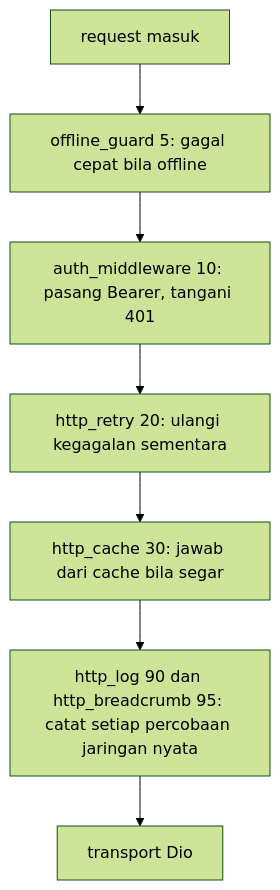
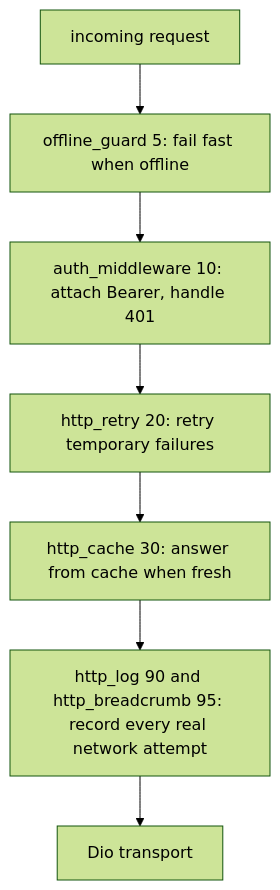
One commit to MTegarPamungkas/kiln changed the second of 2 diagrams in docs/folder-structure.md. Above: the diagram before and after it, drawn with Mermaid (forest theme). The commit also changed other lines of this file and 121 other files, not shown here.

````diff
--- a/docs/folder-structure.md
+++ b/docs/folder-structure.md
@@ -2057,9 +2057,9 @@
 ```mermaid
 flowchart TD
-    A[request masuk] --> B[offline_guard 5: gagal cepat bila offline]
-    B --> C[auth_middleware 10: pasang Bearer, tangani 401]
-    C --> D[http_retry 20: ulangi kegagalan sementara]
-    D --> E[http_cache 30: jawab dari cache bila segar]
-    E --> F[http_log 90 dan http_breadcrumb 95: catat setiap percobaan jaringan nyata]
-    F --> G[transport Dio]
+    A[incoming request] --> B[offline_guard 5: fail fast when offline]
+    B --> C[auth_middleware 10: attach Bearer, handle 401]
+    C --> D[http_retry 20: retry temporary failures]
+    D --> E[http_cache 30: answer from cache when fresh]
+    E --> F[http_log 90 and http_breadcrumb 95: record every real network attempt]
+    F --> G[Dio transport]
 ```
````
